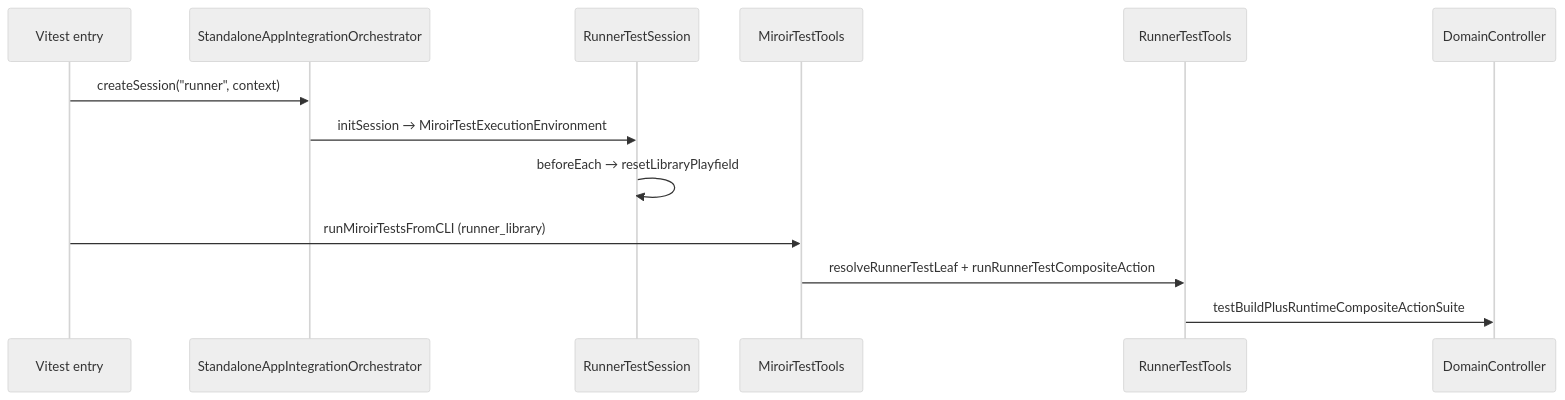
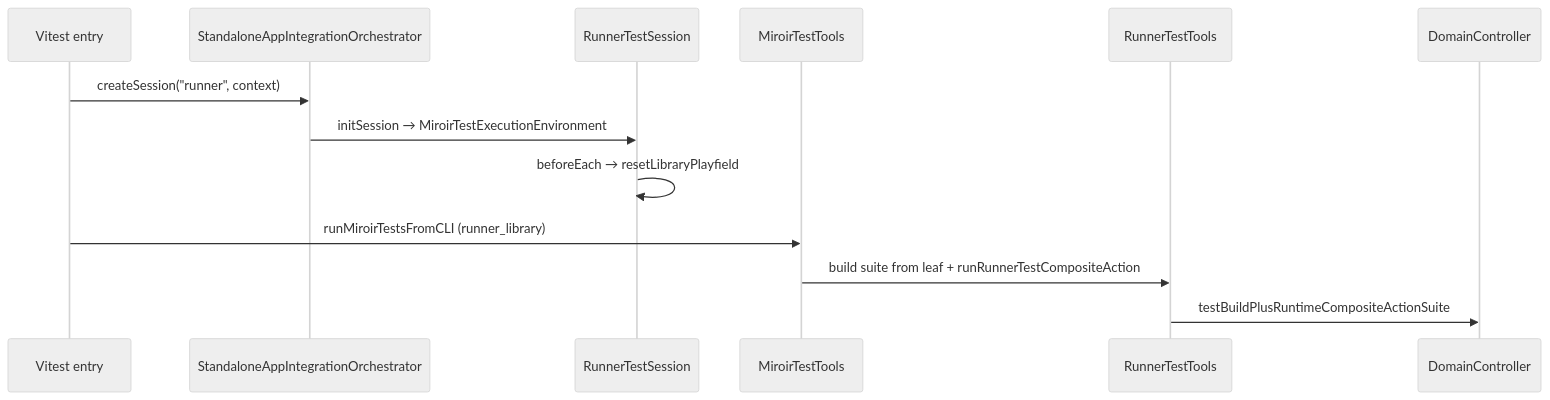
Before and after one commit to miroir-framework/miroir: the first of 4 diagrams in code-helpers/features/197-FEATURE- run integration tests in the UI/plan.md, drawn with Mermaid (neutral theme). The commit also changed other lines of this file and 7 other files, not shown here.

Commit message:
#197 FEATURE: run integration tests in the UI. Added R-5, R6 to plan, cleaning-up runnerTestFixtures (partial)

````diff
--- a/code-helpers/features/197-FEATURE- run integration tests in the UI/plan.md
+++ b/code-helpers/features/197-FEATURE- run integration tests in the UI/plan.md
@@ -58,16 +58,16 @@
 ```mermaid
 sequenceDiagram
   participant V as Vitest entry
   participant O as StandaloneAppIntegrationOrchestrator
   participant S as RunnerTestSession
   participant MT as MiroirTestTools
   participant RT as RunnerTestTools
   participant DC as DomainController
 
   V->>O: createSession("runner", context)
   O->>S: initSession → MiroirTestExecutionEnvironment
   S->>S: beforeEach → resetLibraryPlayfield
   V->>MT: runMiroirTestsFromCLI (runner_library)
-  MT->>RT: resolveRunnerTestLeaf + runRunnerTestCompositeAction
+  MT->>RT: build suite from leaf + runRunnerTestCompositeAction
   RT->>DC: testBuildPlusRuntimeCompositeActionSuite
 ```
````
